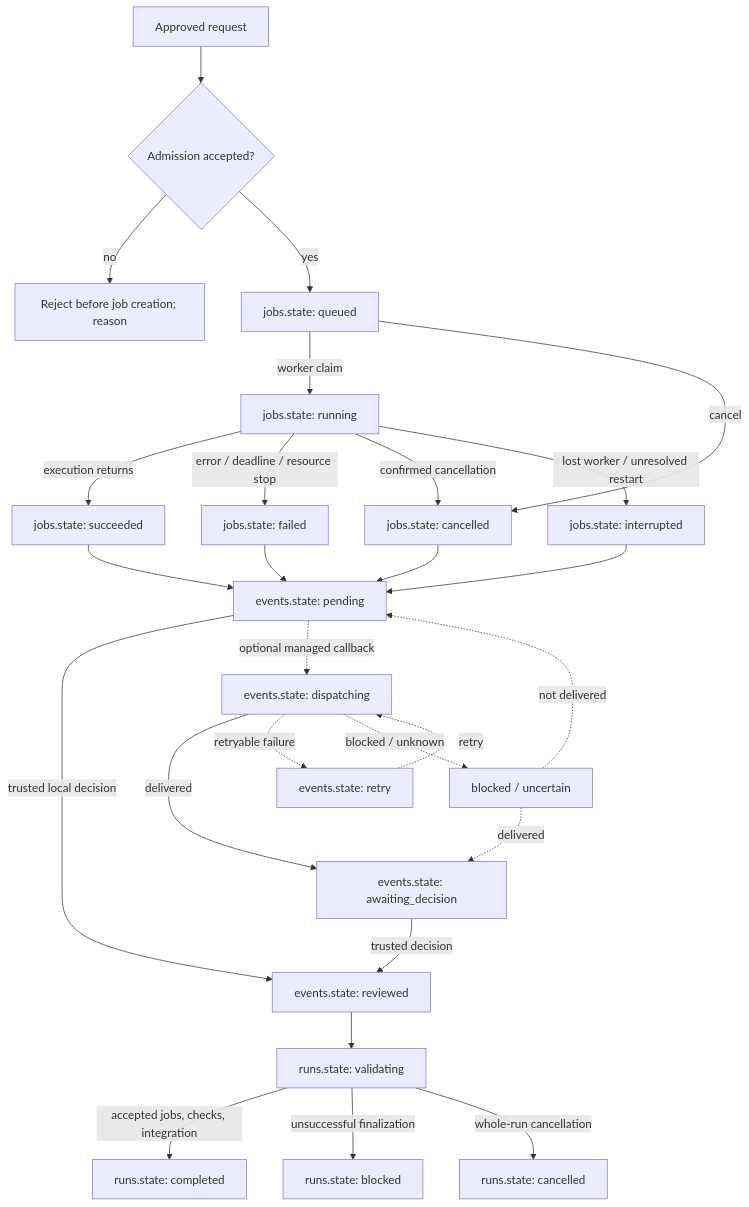
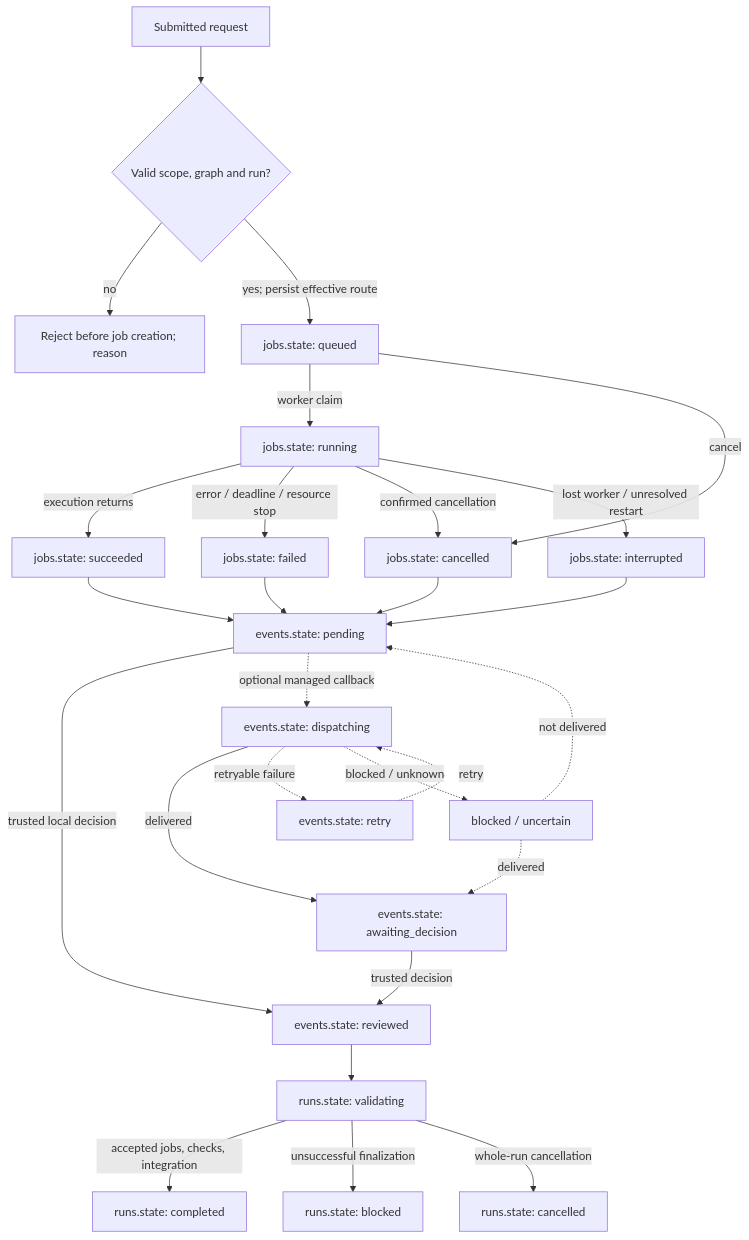
The second of 4 diagrams in docs/WORKFLOW.md (nishdel/OmniLAB-Local-Agent-Bridge-), drawn with Mermaid before and after one commit. The commit also changed other lines of this file and 14 other files, not shown here.

````diff
--- a/docs/WORKFLOW.md
+++ b/docs/WORKFLOW.md
@@ -119,29 +245,29 @@
 ```mermaid
 flowchart TD
-    A["Approved request"] --> G{"Admission accepted?"}
+    A["Submitted request"] --> G{"Valid scope, graph and run?"}
     G -->|"no"| B["Reject before job creation; reason"]
-    G -->|"yes"| Q["jobs.state: queued"]
+    G -->|"yes; persist effective route"| Q["jobs.state: queued"]
     Q -->|"worker claim"| R["jobs.state: running"]
     Q -->|"cancel"| X["jobs.state: cancelled"]
     R -->|"execution returns"| S["jobs.state: succeeded"]
     R -->|"error / deadline / resource stop"| F["jobs.state: failed"]
     R -->|"confirmed cancellation"| X
     R -->|"lost worker / unresolved restart"| I["jobs.state: interrupted"]
     S --> E["events.state: pending"]
     F --> E
     X --> E
     I --> E
     E -->|"trusted local decision"| V["events.state: reviewed"]
     E -.->|"optional managed callback"| D["events.state: dispatching"]
     D -->|"delivered"| AD["events.state: awaiting_decision"]
     AD -->|"trusted decision"| V
     D -.->|"retryable failure"| RT["events.state: retry"]
     RT -.->|"retry"| D
     D -.->|"blocked / unknown"| U["blocked / uncertain"]
     U -.->|"not delivered"| E
     U -.->|"delivered"| AD
     V --> N["runs.state: validating"]
     N -->|"accepted jobs, checks, integration"| C["runs.state: completed"]
     N -->|"unsuccessful finalization"| Z["runs.state: blocked"]
     N -->|"whole-run cancellation"| Y["runs.state: cancelled"]
 ```
````
